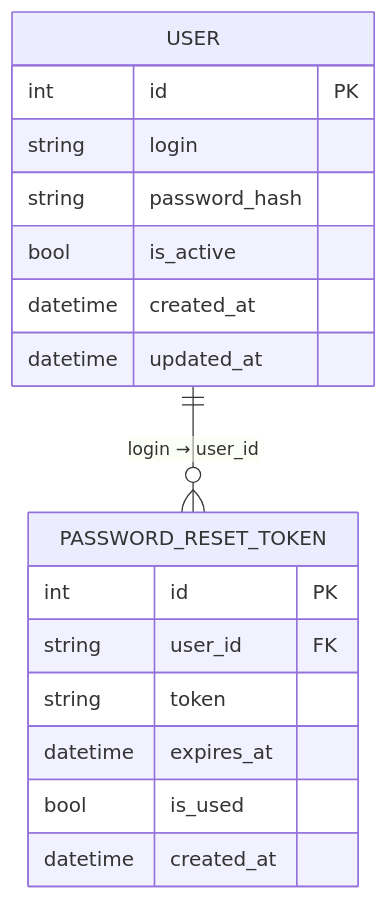
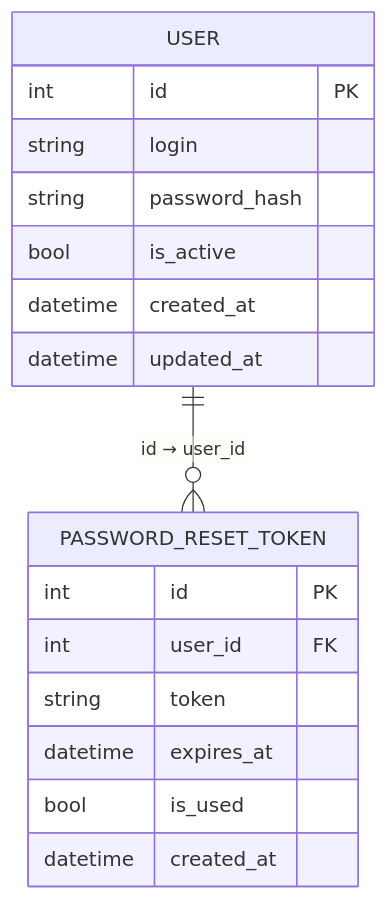
One commit to Kr1spy2023/KPK_UP2_23-1P9 changed the diagram in S1/doc.md. Above: the diagram before and after it, drawn with Mermaid. The commit also changed other lines of this file and 3 other files, not shown here.

````diff
--- a/S1/doc.md
+++ b/S1/doc.md
@@ -10,21 +10,21 @@
 ```mermaid
 erDiagram
     USER {
         int id PK
         string login
         string password_hash
         bool is_active
         datetime created_at
         datetime updated_at
     }
     PASSWORD_RESET_TOKEN {
         int id PK
-        string user_id FK
+        int user_id FK
         string token
         datetime expires_at
         bool is_used
         datetime created_at
     }
 
-    USER ||--o{ PASSWORD_RESET_TOKEN : "login → user_id"
+    USER ||--o{ PASSWORD_RESET_TOKEN : "id → user_id"
 ```
````
